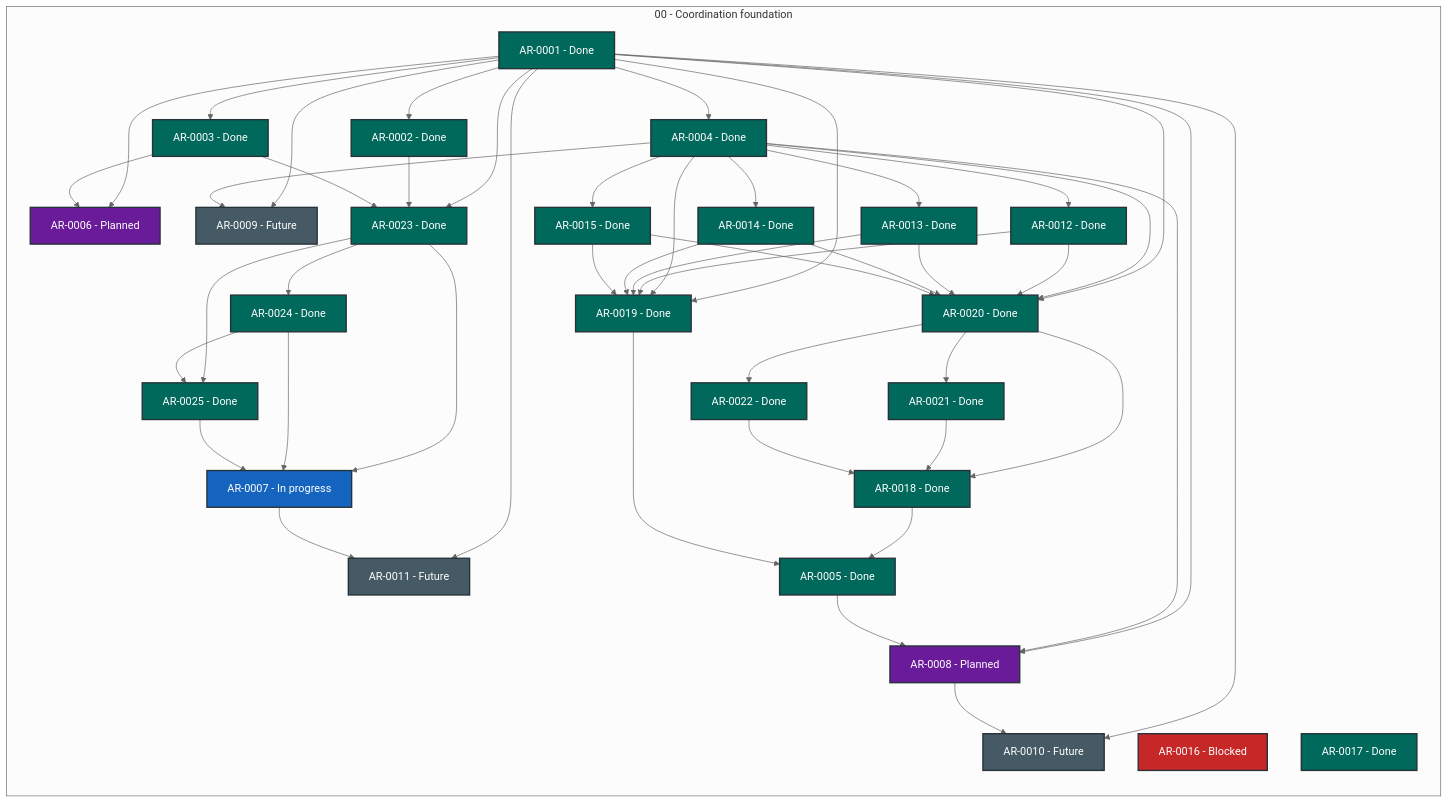
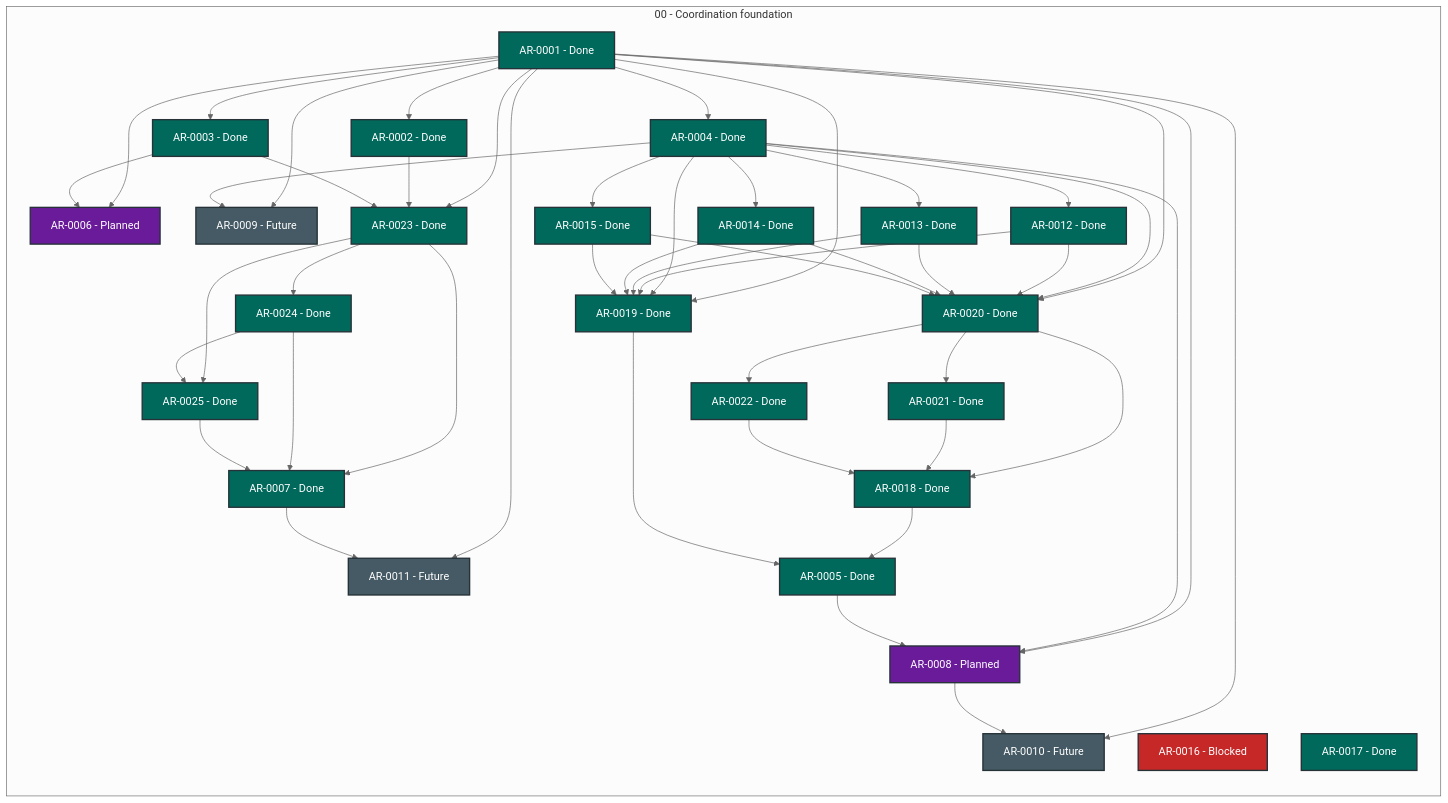
The diagram in STATUS.md (martin-beck/agent-workflow-quality-state), drawn with Mermaid (neutral theme) before and after one commit. The commit also changed other lines of this file and 2 other files, not shown here.

```diff
--- a/STATUS.md
+++ b/STATUS.md
@@ -34,7 +34,7 @@
         AR_0004["AR-0004 - Done"]:::status_done
         AR_0005["AR-0005 - Done"]:::status_done
         AR_0006["AR-0006 - Planned"]:::status_planned
-        AR_0007["AR-0007 - In progress"]:::status_in_progress
+        AR_0007["AR-0007 - Done"]:::status_done
         AR_0008["AR-0008 - Planned"]:::status_planned
         AR_0009["AR-0009 - Future"]:::status_future
         AR_0010["AR-0010 - Future"]:::status_future
```
